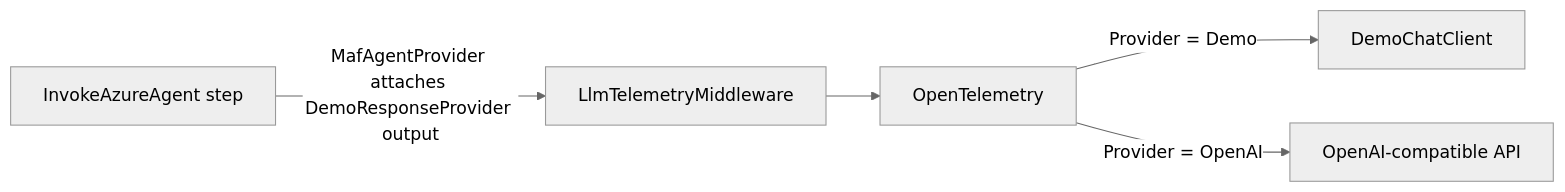
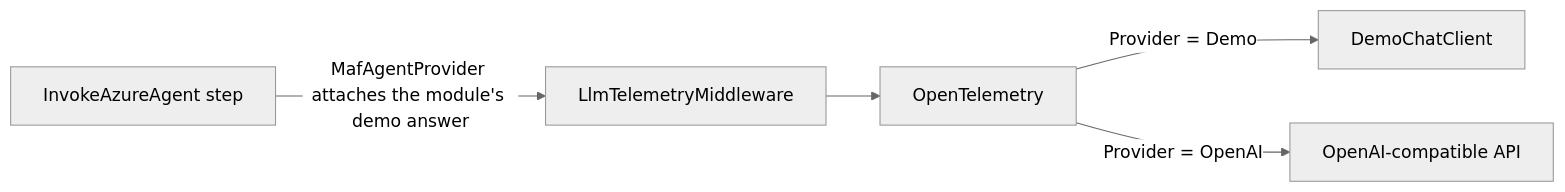
Before and after one commit to GabrieleTronchin/Flowgent: the diagram in docs/demo-mode.md, drawn with Mermaid (neutral theme). The commit also changed other lines of this file and 37 other files, not shown here.

````diff
--- a/docs/demo-mode.md
+++ b/docs/demo-mode.md
@@ -55,7 +84,7 @@
 ```mermaid
 flowchart LR
-    STEP[InvokeAzureAgent step] -->|MafAgentProvider attaches DemoResponseProvider output| TM[LlmTelemetryMiddleware]
+    STEP[InvokeAzureAgent step] -->|MafAgentProvider attaches the module's demo answer| TM[LlmTelemetryMiddleware]
     TM --> OT[OpenTelemetry]
     OT -->|Provider = Demo| DC[DemoChatClient]
     OT -->|Provider = OpenAI| OA[OpenAI-compatible API]
 ```
````
